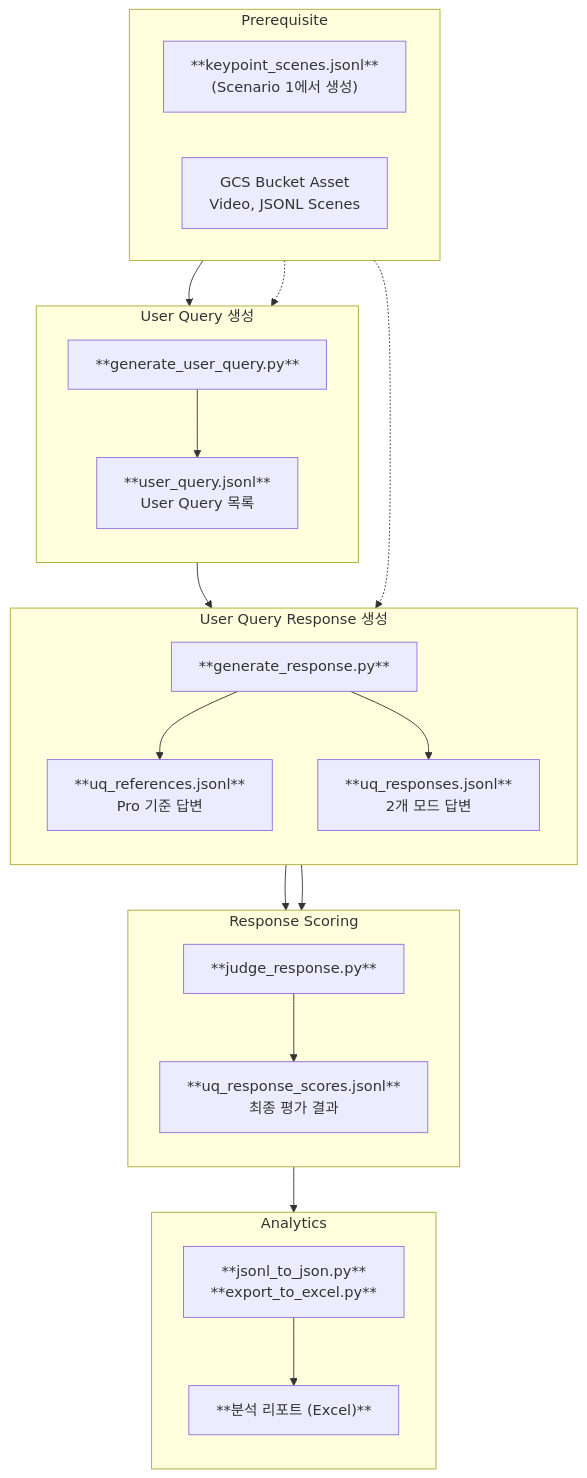
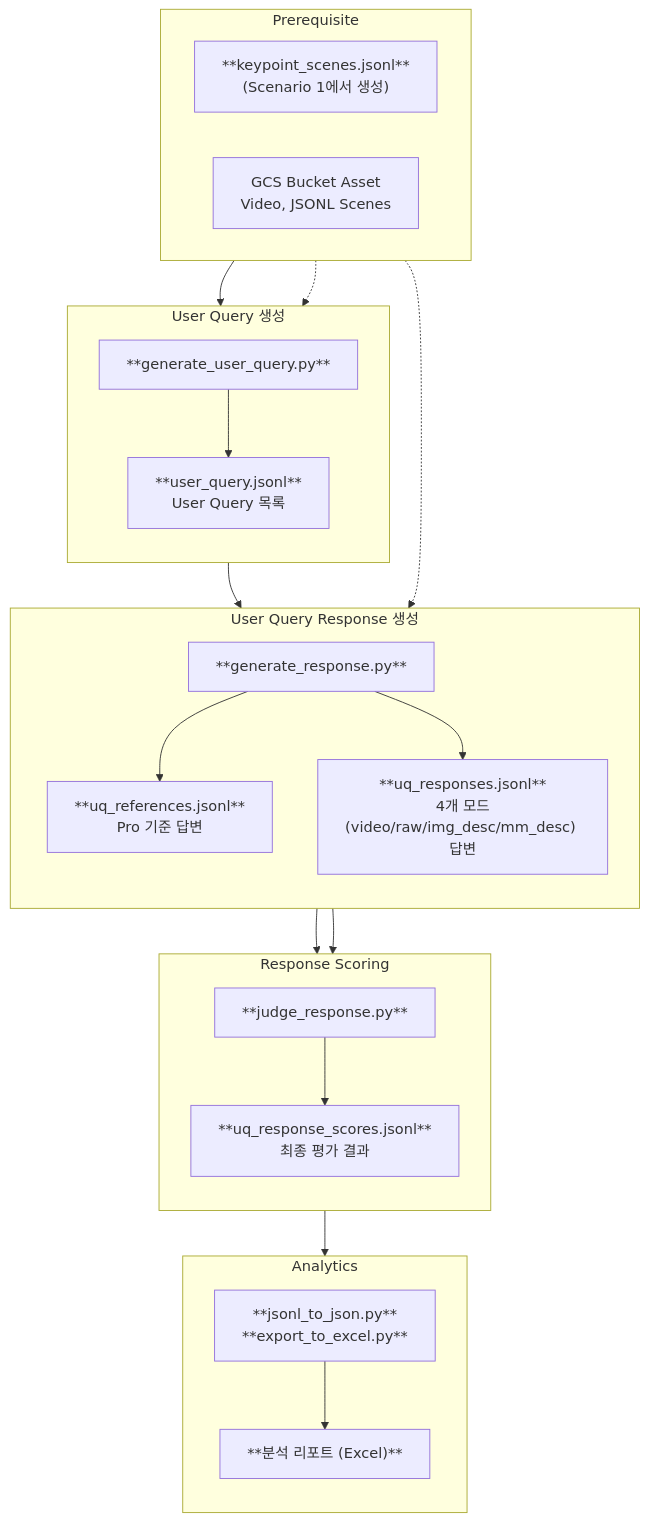
The second of 2 diagrams in README.md (obeychoi0120/LLMJudge), drawn with Mermaid before and after one commit. The commit also changed other lines of this file and 10 other files, not shown here.

````diff
--- a/README.md
+++ b/README.md
@@ -58,49 +69,49 @@
 ```mermaid
 flowchart TD
     subgraph INPUT2["Prerequisite"]
         direction LR
         KP_IN["**keypoint_scenes.jsonl**<br/>(Scenario 1에서 생성)"]
         GCS2["GCS Bucket Asset<br/>Video, JSONL Scenes"]
     end
 
-    subgraph STEP3["User Query 생성"]
+    subgraph STEPB1["User Query 생성"]
         direction TB
         UQ_SCRIPT["**generate_user_query.py**"]
         UQ_OUT["**user_query.jsonl**<br/>User Query 목록"]
     end
 
-    subgraph STEP4["User Query Response 생성"]
+    subgraph STEPB2["User Query Response 생성"]
         direction TB
         R_SCRIPT["**generate_response.py**"]
         R_REF["**uq_references.jsonl**<br/>Pro 기준 답변"]
-        R_ANS["**uq_responses.jsonl**<br/>2개 모드 답변"]
+        R_ANS["**uq_responses.jsonl**<br/>4개 모드(video/raw/img_desc/mm_desc) 답변"]
     end
 
-    subgraph STEP5["Response Scoring"]
+    subgraph STEPB3["Response Scoring"]
         direction TB
         RJ_SCRIPT["**judge_response.py**"]
         RJ_OUT["**uq_response_scores.jsonl**<br/>최종 평가 결과"]
     end
 
-    subgraph STEP6["Analytics"]
+    subgraph STEPB4["Analytics"]
         direction TB
         A_SCRIPT["**jsonl_to_json.py**<br/>**export_to_excel.py**"]
         A_OUT["**분석 리포트 (Excel)**"]
     end
 
     KP_IN --> UQ_SCRIPT
     GCS2 -.-> UQ_SCRIPT
     UQ_SCRIPT --> UQ_OUT
 
     UQ_OUT --> R_SCRIPT
     GCS2 -.-> R_SCRIPT
     R_SCRIPT --> R_REF
     R_SCRIPT --> R_ANS
 
     R_REF --> RJ_SCRIPT
     R_ANS --> RJ_SCRIPT
     RJ_SCRIPT --> RJ_OUT
 
     RJ_OUT --> A_SCRIPT
     A_SCRIPT --> A_OUT
 ```
````
